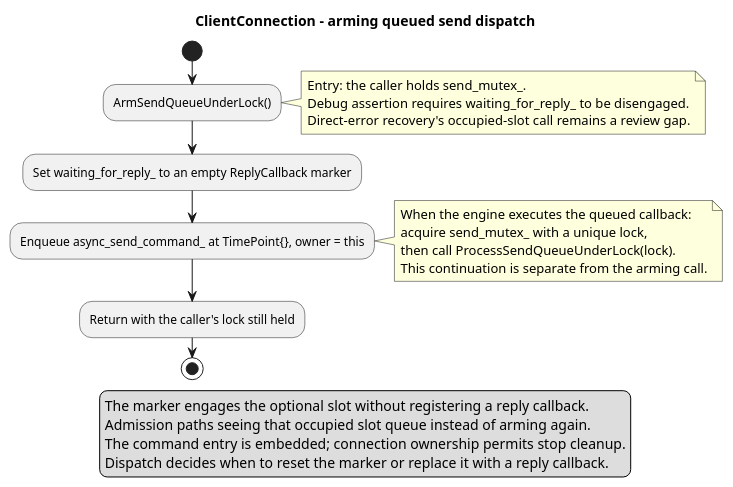
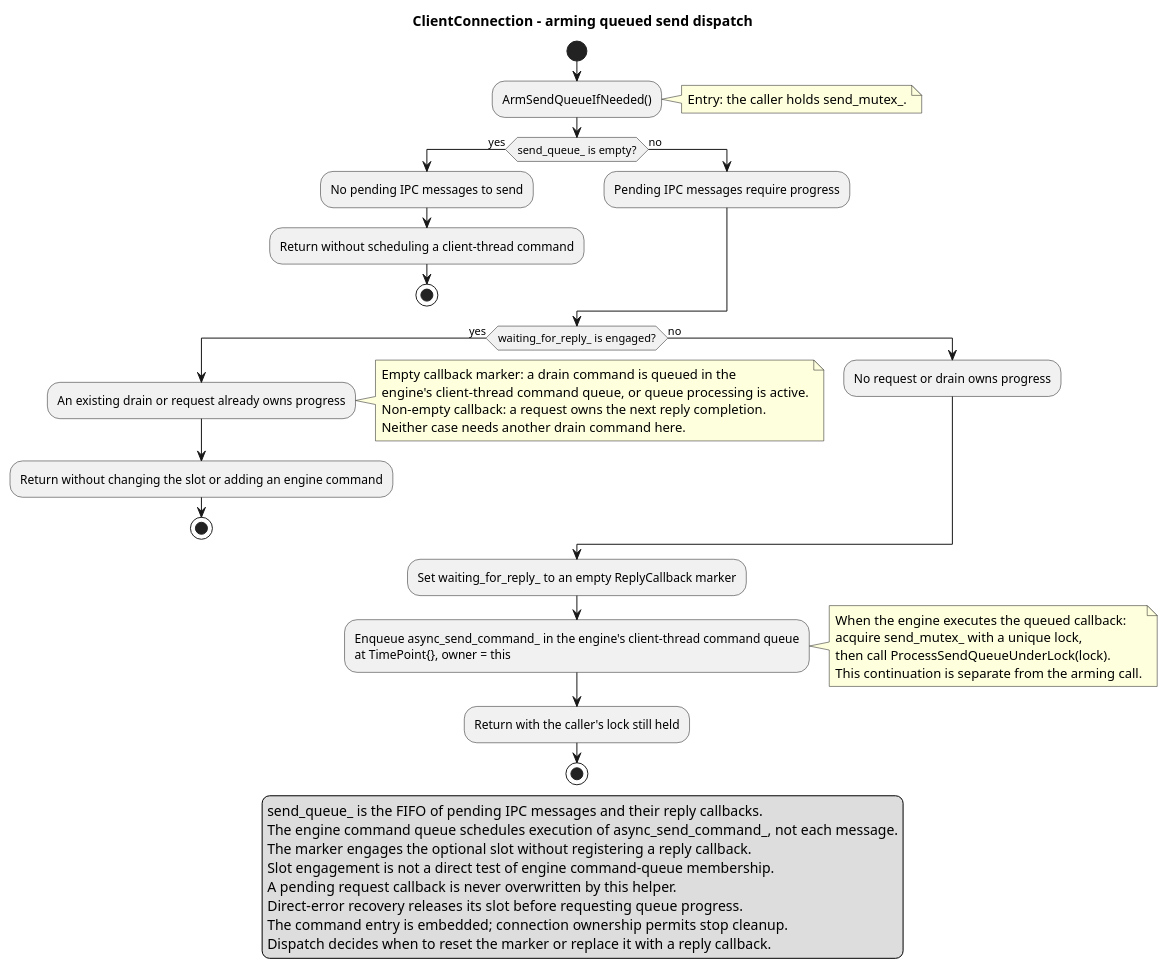
One commit to eclipse-score/communication changed the diagram in score/message_passing/dependability/software_unit_design/client_connection_arm_send_queue_activity.puml. Above: the diagram before and after it, drawn with PlantUML. The commit also changed 18 other files, not shown here.

First line of the commit message:
message_passing: address debug asserts in tests

```diff
--- a/score/message_passing/dependability/software_unit_design/client_connection_arm_send_queue_activity.puml
+++ b/score/message_passing/dependability/software_unit_design/client_connection_arm_send_queue_activity.puml
@@ -1,29 +1,51 @@
 @startuml client_connection_arm_send_queue_activity
 title ClientConnection - arming queued send dispatch
 
 start
-:ArmSendQueueUnderLock();
+:ArmSendQueueIfNeeded();
 note right
     Entry: the caller holds send_mutex_.
-    Debug assertion requires waiting_for_reply_ to be disengaged.
-    Direct-error recovery's occupied-slot call remains a review gap.
 end note
+if (send_queue_ is empty?) then (yes)
+    :No pending IPC messages to send;
+    :Return without scheduling a client-thread command;
+    stop
+else (no)
+    :Pending IPC messages require progress;
+endif
+if (waiting_for_reply_ is engaged?) then (yes)
+    :An existing drain or request already owns progress;
+    note right
+        Empty callback marker: a drain command is queued in the
+        engine's client-thread command queue, or queue processing is active.
+        Non-empty callback: a request owns the next reply completion.
+        Neither case needs another drain command here.
+    end note
+    :Return without changing the slot or adding an engine command;
+    stop
+else (no)
+    :No request or drain owns progress;
+endif
 :Set waiting_for_reply_ to an empty ReplyCallback marker;
-:Enqueue async_send_command_ at TimePoint{}, owner = this;
+:Enqueue async_send_command_ in the engine's client-thread command queue\nat TimePoint{}, owner = this;
 note right
     When the engine executes the queued callback:
     acquire send_mutex_ with a unique lock,
     then call ProcessSendQueueUnderLock(lock).
     This continuation is separate from the arming call.
 end note
 :Return with the caller's lock still held;
 stop
 
 legend
+    send_queue_ is the FIFO of pending IPC messages and their reply callbacks.
+    The engine command queue schedules execution of async_send_command_, not each message.
     The marker engages the optional slot without registering a reply callback.
-    Admission paths seeing that occupied slot queue instead of arming again.
+    Slot engagement is not a direct test of engine command-queue membership.
+    A pending request callback is never overwritten by this helper.
+    Direct-error recovery releases its slot before requesting queue progress.
     The command entry is embedded; connection ownership permits stop cleanup.
     Dispatch decides when to reset the marker or replace it with a reply callback.
 endlegend
 
 @enduml
```
